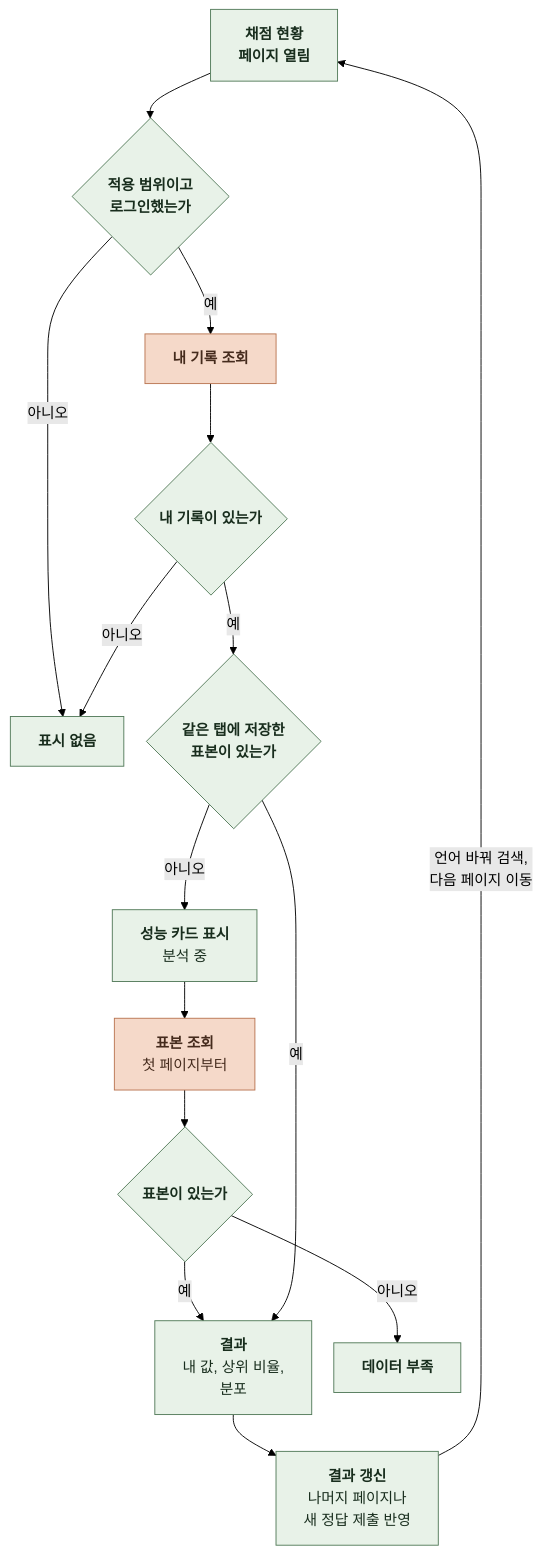
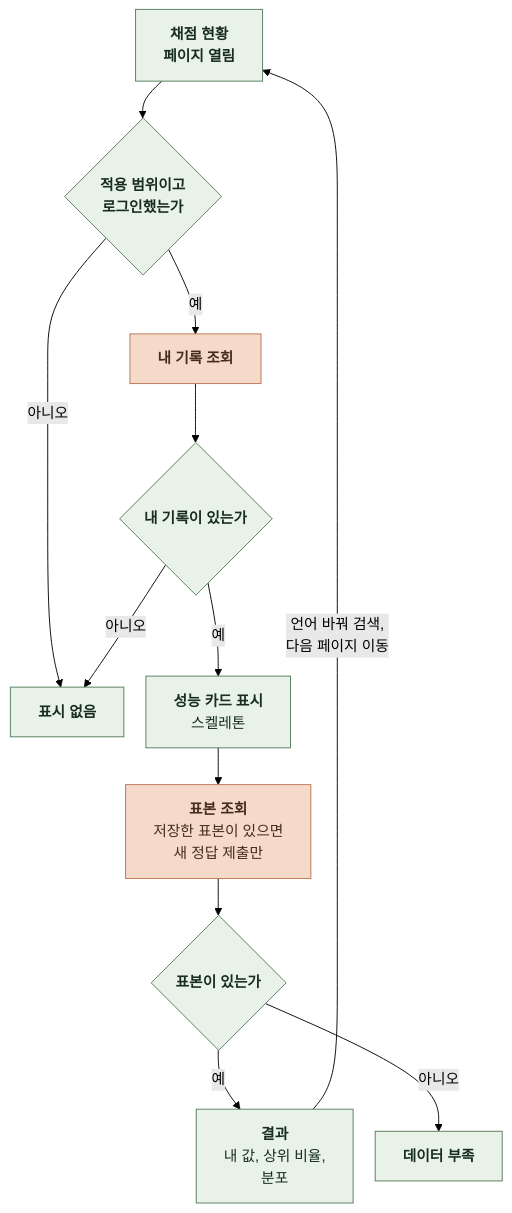
Before and after one commit to kangkyunghyun/boj-performance: the diagram in docs/spec/3-2-INTERACTION-FLOWS.md, drawn with Mermaid (forest theme). The commit also changed other lines of this file and 27 other files, not shown here.

````diff
--- a/docs/spec/3-2-INTERACTION-FLOWS.md
+++ b/docs/spec/3-2-INTERACTION-FLOWS.md
@@ -9,32 +9,27 @@
 ```mermaid
 %%{init: {"flowchart": {"curve": "basis", "nodeSpacing": 24, "rankSpacing": 40}}}%%
 flowchart TD
     O["`**채점 현황
 페이지 열림**`"] --> S{"`**적용 범위이고
 로그인했는가**`"}
     S -->|아니오| N["`**표시 없음**`"]
     S -->|예| M["`**내 기록 조회**`"]
     M --> H{"`**내 기록이 있는가**`"}
     H -->|아니오| N
-    H -->|예| C{"`**같은 탭에 저장한
-표본이 있는가**`"}
-    C -->|아니오| L["`**성능 카드 표시**
-분석 중`"]
+    H -->|예| L["`**성능 카드 표시**
+스켈레톤`"]
     L --> P["`**표본 조회**
-첫 페이지부터`"]
+저장한 표본이 있으면
+새 정답 제출만`"]
     P --> E{"`**표본이 있는가**`"}
     E -->|예| R["`**결과**
 내 값, 상위 비율,
 분포`"]
     E -->|아니오| D["`**데이터 부족**`"]
-    C -->|예| R
-    R --> U["`**결과 갱신**
-나머지 페이지나
-새 정답 제출 반영`"]
-    U -->|"`언어 바꿔 검색,
+    R -->|"`언어 바꿔 검색,
 다음 페이지 이동`"| O
     classDef comp fill:#E8F2E8,stroke:#527A59,color:#182D1D
     classDef ext fill:#F5D9C9,stroke:#B97450,color:#452B1D
-    class O,S,H,C,L,E,R,U,D,N comp
+    class O,S,H,L,E,R,D,N comp
     class M,P ext
 ```
````
